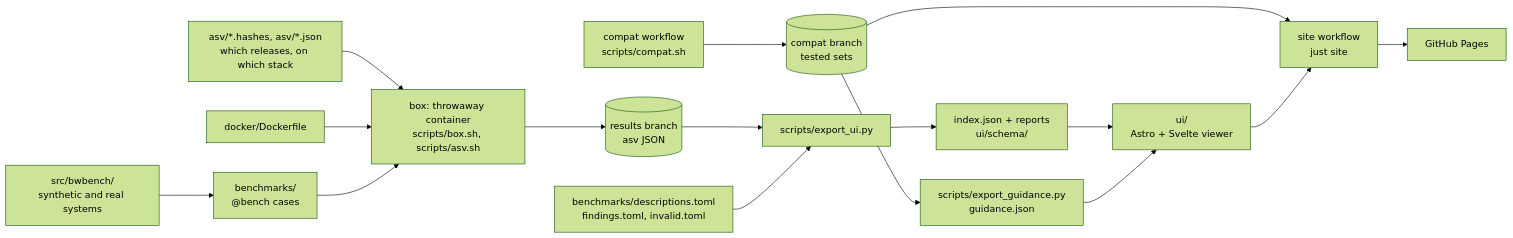
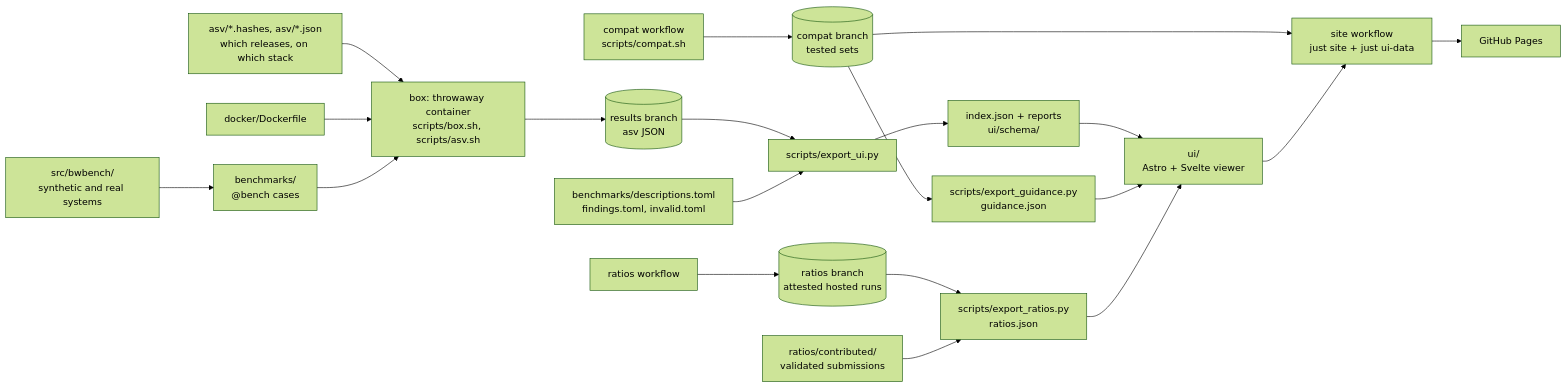
One commit to simonvanlierde/brightway-benchmarks changed the diagram in docs/architecture.md. Above: the diagram before and after it, drawn with Mermaid (forest theme). The commit also changed other lines of this file and 6 other files, not shown here.

````diff
--- a/docs/architecture.md
+++ b/docs/architecture.md
@@ -8,18 +8,22 @@
 ```mermaid
 flowchart LR
     hashes["asv/*.hashes, asv/*.json<br/>which releases, on which stack"] --> box
     docker["docker/Dockerfile"] --> box
     bench["benchmarks/<br/>@bench cases"] --> box
     synth["src/bwbench/<br/>synthetic and real systems"] --> bench
     box["box: throwaway container<br/>scripts/box.sh, scripts/asv.sh"] --> results[("results branch<br/>asv JSON")]
     compat["compat workflow<br/>scripts/compat.sh"] --> compatb[("compat branch<br/>tested sets")]
     results --> export["scripts/export_ui.py"]
     descr["benchmarks/descriptions.toml<br/>findings.toml, invalid.toml"] --> export
     export --> json["index.json + reports<br/>ui/schema/"]
     json --> ui["ui/<br/>Astro + Svelte viewer"]
     compatb --> guide["scripts/export_guidance.py<br/>guidance.json"]
     guide --> ui
-    compatb --> site["site workflow<br/>just site"]
+    compatb --> site["site workflow<br/>just site + just ui-data"]
+    hosted["ratios workflow"] --> ratios[("ratios branch<br/>attested hosted runs")]
+    ratios --> comparison["scripts/export_ratios.py<br/>ratios.json"]
+    contributed["ratios/contributed/<br/>validated submissions"] --> comparison
+    comparison --> ui
     ui --> site
     site --> pages["GitHub Pages"]
 ```
````
